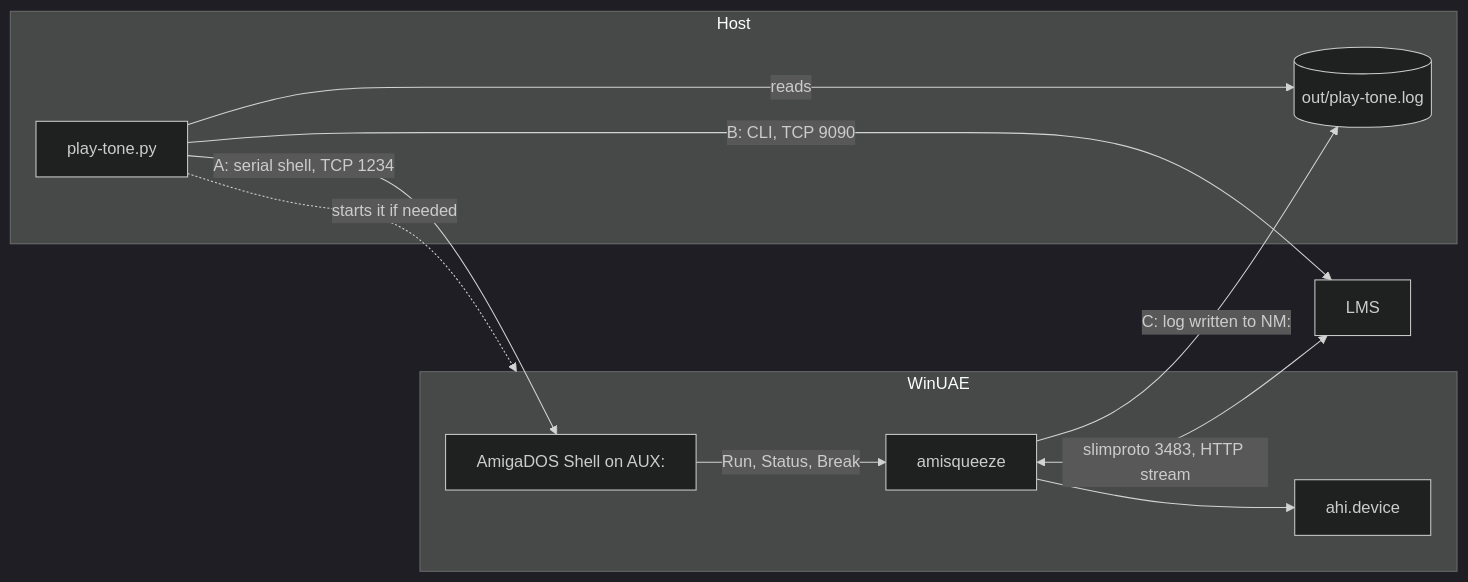
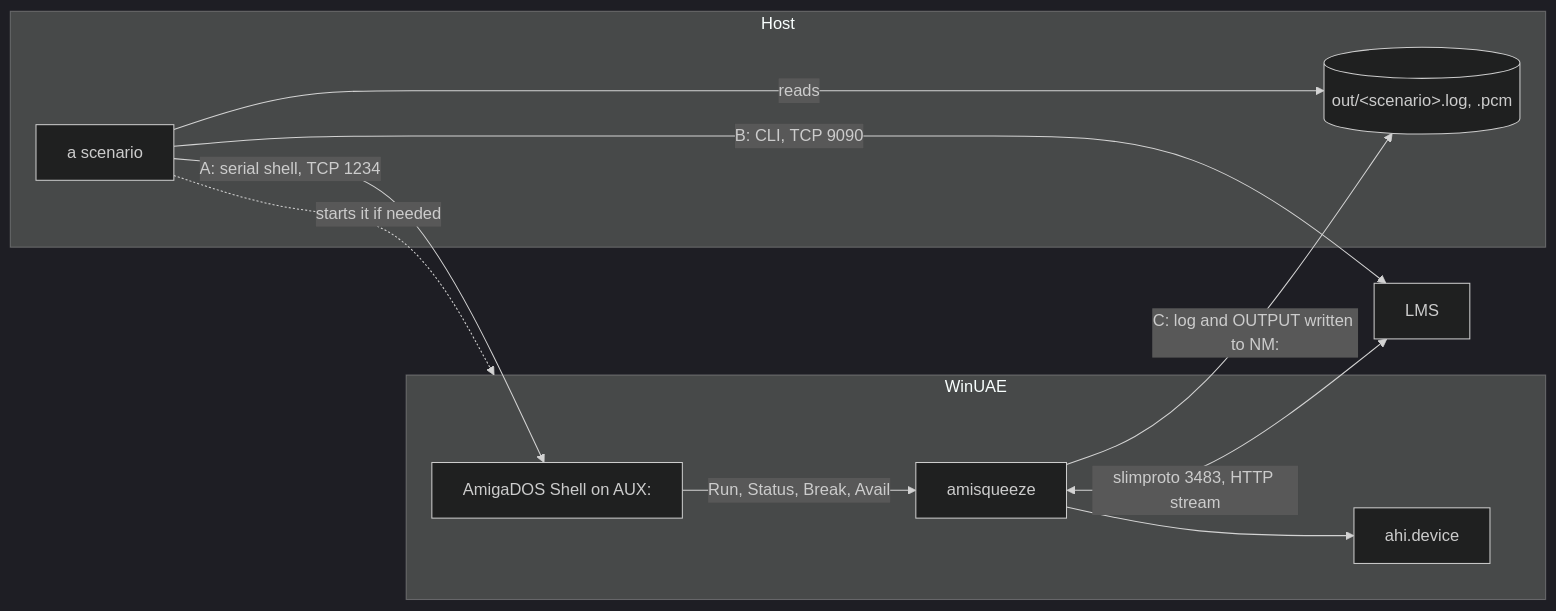
The first of 4 diagrams in docs/development/winuae-scenarios.md (shadow38/amiga-network-music), drawn with Mermaid (dark theme) before and after one commit. The commit also changed other lines of this file and 12 other files, not shown here.

````diff
--- a/docs/development/winuae-scenarios.md
+++ b/docs/development/winuae-scenarios.md
@@ -12,22 +27,22 @@
 ```mermaid
 flowchart LR
     subgraph HOST["Host"]
-        SCR["play-tone.py"]
-        LOG[("out/play-tone.log")]
+        SCR["a scenario"]
+        LOG[("out/&lt;scenario&gt;.log, .pcm")]
     end
     subgraph UAE["WinUAE"]
         SH["AmigaDOS Shell on AUX:"]
         AQ["amisqueeze"]
         AHI["ahi.device"]
     end
     LMS["LMS"]
 
     SCR -->|"A: serial shell, TCP 1234"| SH
-    SH -->|"Run, Status, Break"| AQ
+    SH -->|"Run, Status, Break, Avail"| AQ
     SCR -->|"B: CLI, TCP 9090"| LMS
     AQ <-->|"slimproto 3483, HTTP stream"| LMS
-    AQ -->|"C: log written to NM:"| LOG
+    AQ -->|"C: log and OUTPUT written to NM:"| LOG
     SCR -->|"reads"| LOG
     AQ --> AHI
     SCR -.->|"starts it if needed"| UAE
 ```
````
